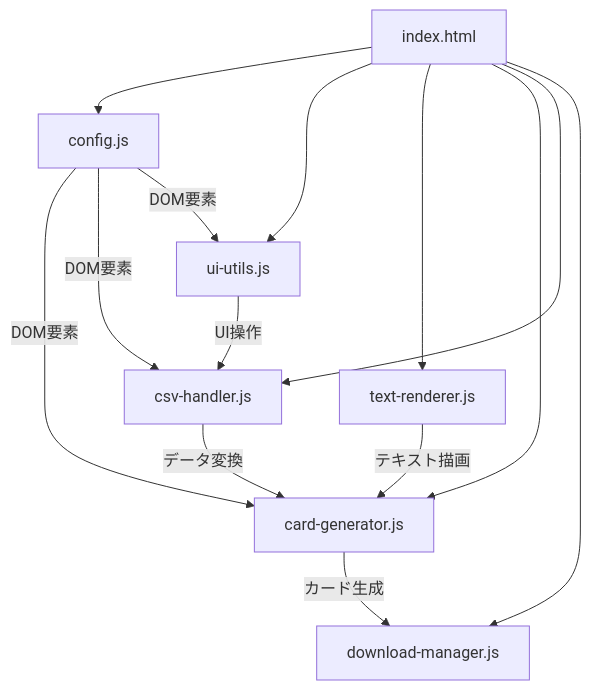
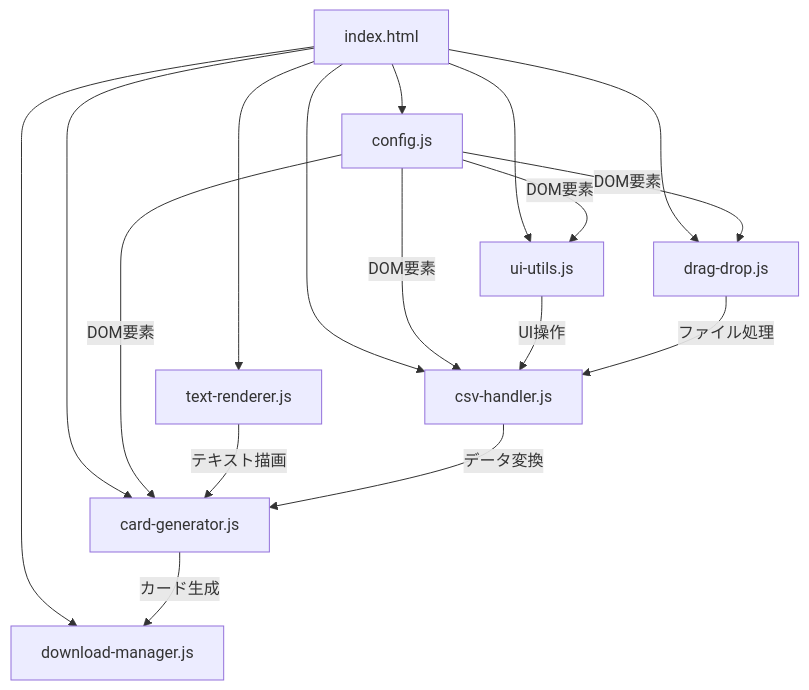
The diagram in TECH_SPEC.md (kaigemap/zatsucard), drawn with Mermaid before and after one commit. The commit also changed other lines of this file and 7 other files, not shown here.

````diff
--- a/TECH_SPEC.md
+++ b/TECH_SPEC.md
@@ -7,18 +7,21 @@
 ```mermaid
 graph TB
     A[index.html] --> B[config.js]
     A --> C[ui-utils.js]
     A --> D[text-renderer.js]
     A --> E[card-generator.js]
     A --> F[csv-handler.js]
     A --> G[download-manager.js]
+    A --> H[drag-drop.js]
     
     B --> |DOM要素| E
     B --> |DOM要素| F
     B --> |DOM要素| C
+    B --> |DOM要素| H
     
     C --> |UI操作| F
     D --> |テキスト描画| E
     E --> |カード生成| G
     F --> |データ変換| E
+    H --> |ファイル処理| F
 ```
````
